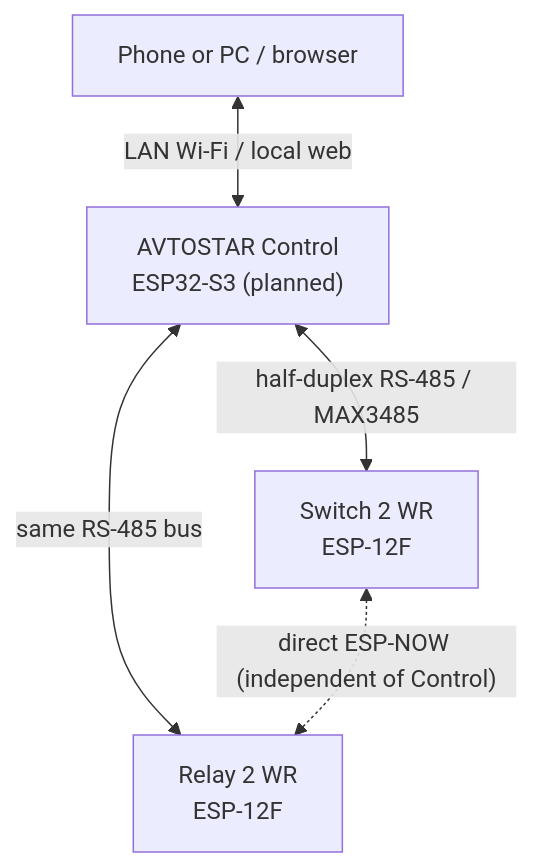
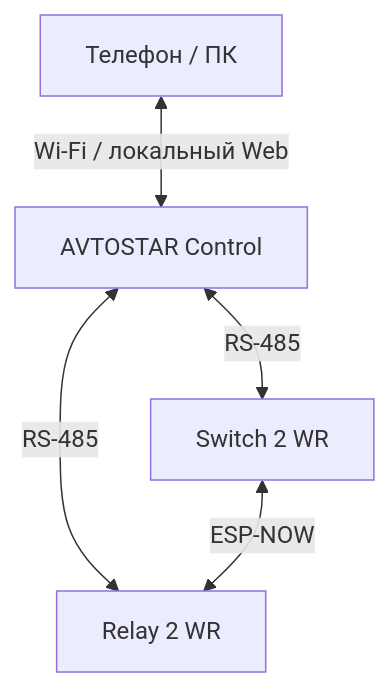
Before and after one commit to MaxStriX324/avtostar-smart-home: the diagram in docs/architecture.md, drawn with Mermaid. The commit also changed other lines of this file and 12 other files, not shown here.

Commit message:
docs: refresh AVTOSTAR Home architecture and hardware roadmap in Russian

````diff
--- a/docs/architecture.md
+++ b/docs/architecture.md
@@ -3,10 +5,7 @@
 ```mermaid
 flowchart TB
-  P["Phone or PC / browser"] <-->|"LAN Wi-Fi / local web"| C["AVTOSTAR Control
-ESP32-S3 (planned)"]
-  C <-->|"half-duplex RS-485 / MAX3485"| SW["Switch 2 WR
-ESP-12F"]
-  C <-->|"same RS-485 bus"| R["Relay 2 WR
-ESP-12F"]
-  SW <-.->|"direct ESP-NOW (independent of Control)"| R
+  P["Телефон / ПК"] <-->|"Wi-Fi / локальный Web"| C["AVTOSTAR Control"]
+  C <-->|"RS-485"| SW["Switch 2 WR"]
+  C <-->|"RS-485"| R["Relay 2 WR"]
+  SW <-->|"ESP-NOW"| R
 ```
````
